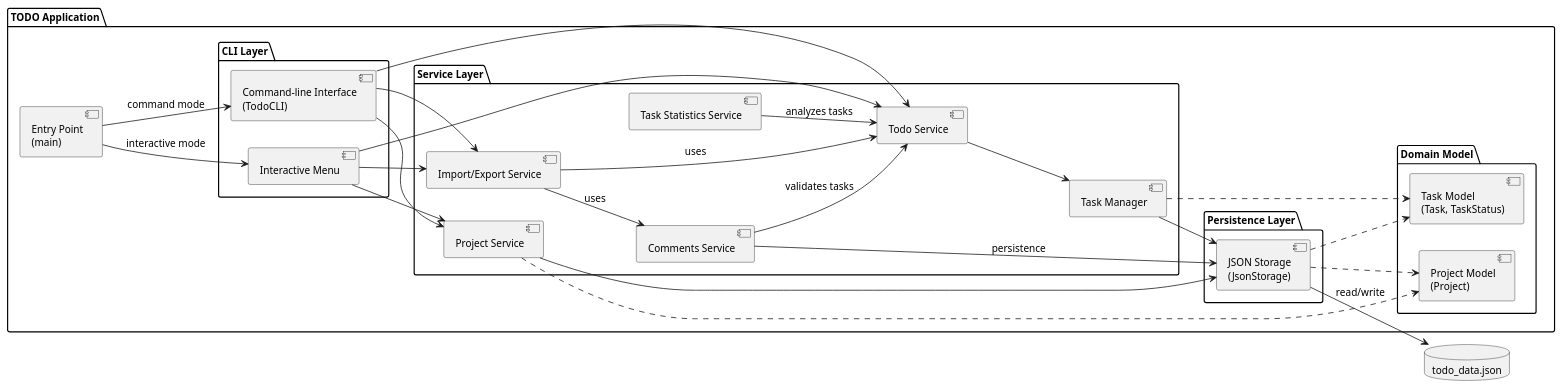
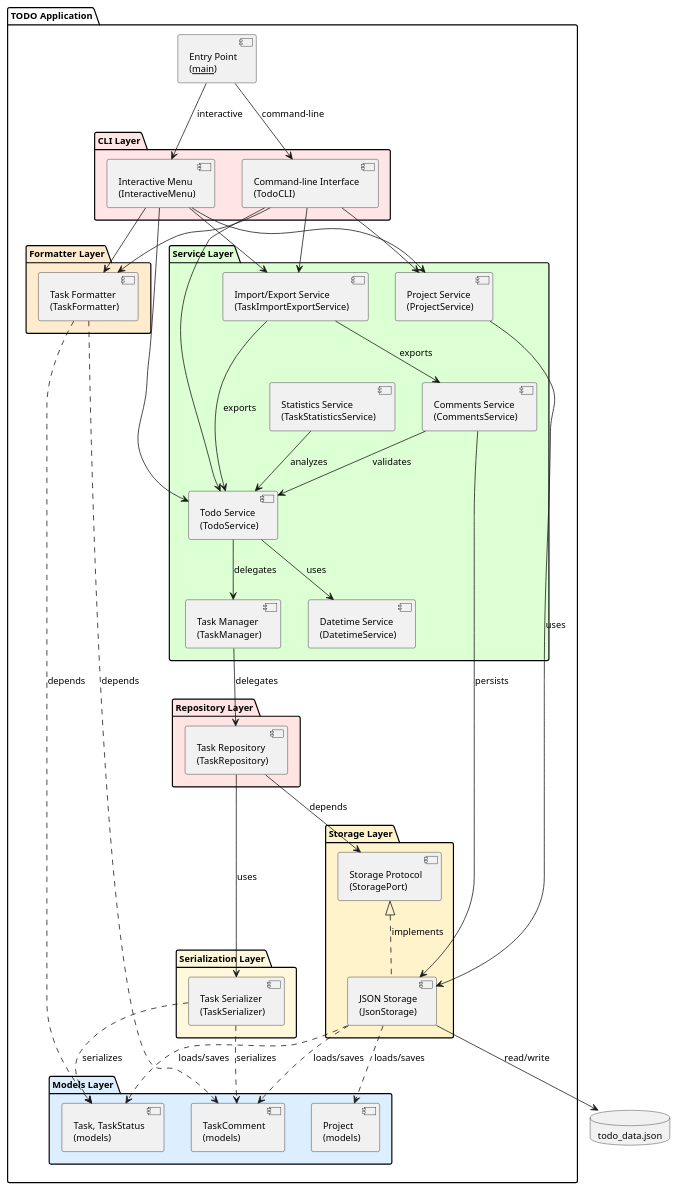
The diagram in experiments/pipeline/test_driven/TODO/artifacts/component_diagram.puml (DanielRiha8906/Software_autoevolution_using_agents), drawn with PlantUML before and after one commit. The commit also changed 14 other files, not shown here.

First line of the commit message:
task 09 | pipeline / test_driven / TODO

```diff
--- a/experiments/pipeline/test_driven/TODO/artifacts/component_diagram.puml
+++ b/experiments/pipeline/test_driven/TODO/artifacts/component_diagram.puml
@@ -1,63 +1,92 @@
 @startuml component_diagram
 
 skinparam componentStyle uml2
-skinparam defaultFontSize 13
+skinparam defaultFontSize 12
 
-left to right direction
+top to bottom direction
 
 package "TODO Application" {
 
-    component "Entry Point\n(main)" as Main
+    component "Entry Point\n(__main__)" as Main
 
-    package "CLI Layer" {
-        component "Interactive Menu" as IM
+    package "CLI Layer" #FFE5E5 {
+        component "Interactive Menu\n(InteractiveMenu)" as IM
         component "Command-line Interface\n(TodoCLI)" as CLI
     }
 
-    package "Service Layer" {
-        component "Todo Service" as SVC
-        component "Task Manager" as MGR
-        component "Project Service" as PSVC
-        component "Comments Service" as CSVC
-        component "Task Statistics Service" as STATS
-        component "Import/Export Service" as IESVC
+    package "Formatter Layer" #FFEBCD {
+        component "Task Formatter\n(TaskFormatter)" as TF
     }
 
-    package "Domain Model" {
-        component "Task Model\n(Task, TaskStatus)" as Model
-        component "Project Model\n(Project)" as PModel
+    package "Service Layer" #DDFFD4 {
+        component "Todo Service\n(TodoService)" as SVC
+        component "Task Manager\n(TaskManager)" as MGR
+        component "Project Service\n(ProjectService)" as PSVC
+        component "Comments Service\n(CommentsService)" as CSVC
+        component "Statistics Service\n(TaskStatisticsService)" as STATS
+        component "Import/Export Service\n(TaskImportExportService)" as IESVC
+        component "Datetime Service\n(DatetimeService)" as DTS
     }
 
-    package "Persistence Layer" {
+    package "Repository Layer" #FFE4E1 {
+        component "Task Repository\n(TaskRepository)" as REPO
+    }
+
+    package "Serialization Layer" #FFF8DC {
+        component "Task Serializer\n(TaskSerializer)" as SER
+    }
+
+    package "Storage Layer" #FFF3CC {
+        component "Storage Protocol\n(StoragePort)" as SP
         component "JSON Storage\n(JsonStorage)" as Storage
+    }
+
+    package "Models Layer" #DDEEFF {
+        component "Task, TaskStatus\n(models)" as Model
+        component "Project\n(models)" as PModel
+        component "TaskComment\n(models)" as CModel
     }
 }
 
 database "todo_data.json" as DB
 
-Main --> IM : interactive mode
-Main --> CLI : command mode
+Main --> IM : interactive
+Main --> CLI : command-line
 
 IM --> SVC
 IM --> PSVC
 IM --> IESVC
+IM --> TF
 CLI --> SVC
 CLI --> PSVC
 CLI --> IESVC
+CLI --> TF
 
-SVC --> MGR
-PSVC --> Storage
-CSVC --> SVC : validates tasks
-CSVC --> Storage : persistence
-STATS --> SVC : analyzes tasks
-IESVC --> SVC : uses
-IESVC --> CSVC : uses
-MGR --> Storage
-MGR ..> Model
-PSVC ..> PModel
-Storage ..> Model
-Storage ..> PModel
+TF ..> Model : depends
+TF ..> CModel : depends
 
+SVC --> MGR : delegates
+SVC --> DTS : uses
+PSVC --> Storage : uses
+CSVC --> SVC : validates
+CSVC --> Storage : persists
+STATS --> SVC : analyzes
+
+IESVC --> SVC : exports
+IESVC --> CSVC : exports
+
+MGR --> REPO : delegates
+REPO --> SER : uses
+REPO --> SP : depends
+
+SER ..> Model : serializes
+SER ..> CModel : serializes
+
+SP <|.. Storage : implements
 Storage --> DB : read/write
 
+Storage ..> Model : loads/saves
+Storage ..> PModel : loads/saves
+Storage ..> CModel : loads/saves
+
 @enduml
```
